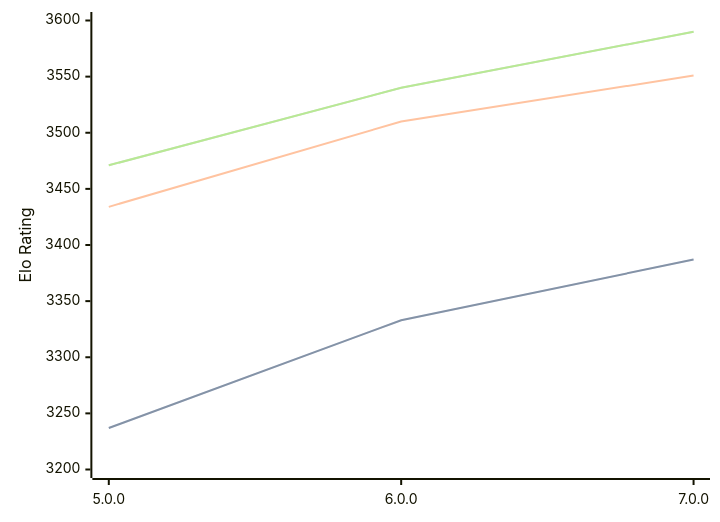
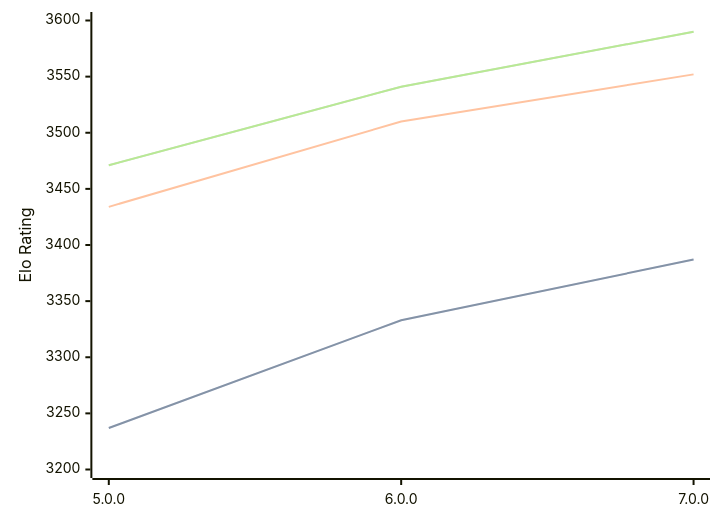
Before and after one commit to computer-chess-index/cci: the diagram in engines/Stormphrax.md, drawn with Mermaid. The commit also changed other lines of this file, not shown here.

Commit message:
Update CCI Ratings (ELO VLTC) - 2026-03-13

````diff
--- a/engines/Stormphrax.md
+++ b/engines/Stormphrax.md
@@ -36,11 +36,11 @@
 ```mermaid
 %%{init: {"theme":"base","themeVariables":{"seriesColors:['#a3a3a3','#222221','#faa371']}}}%%
 xychart-beta
   x-axis ["5.0.0", "6.0.0", "7.0.0"]
   y-axis "Elo Rating" 3200 --> 3600
   line "STC (8.0+0.08s)" [3237, 3333, 3387]
   line "STC (8.0+0.08s)" [3237, 3333, 3387]
-  line "LTC (60.0+0.60s)" [3434, 3510, 3551]
-  line "VLTC (2m24s+1.12s)" [3471, 3540, 3590]
-  line "VLTC (2m24s+1.12s)" [3471, 3540, 3590]
+  line "LTC (60.0+0.60s)" [3434, 3510, 3552]
+  line "VLTC (2m24s+1.12s)" [3471, 3541, 3590]
+  line "VLTC (2m24s+1.12s)" [3471, 3541, 3590]
 ```
````
